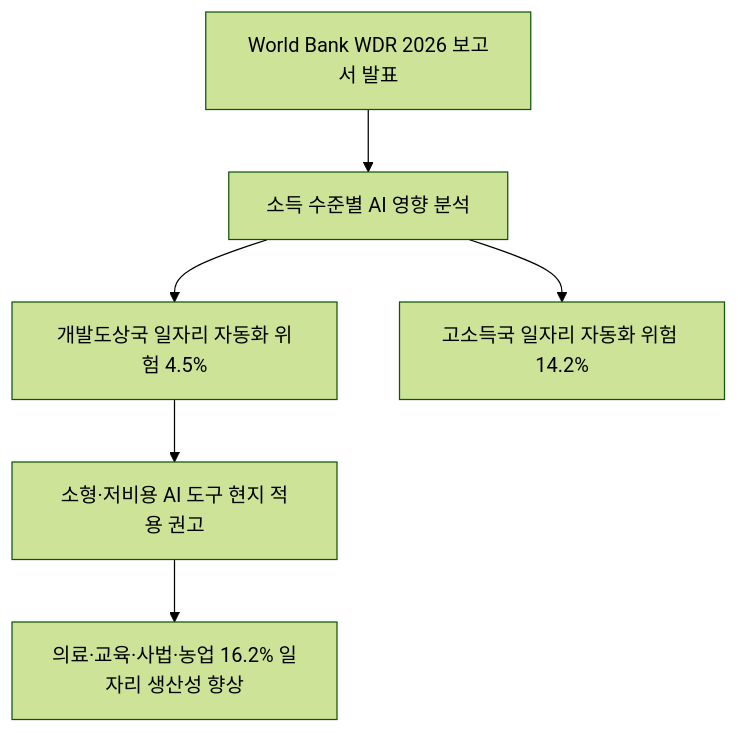
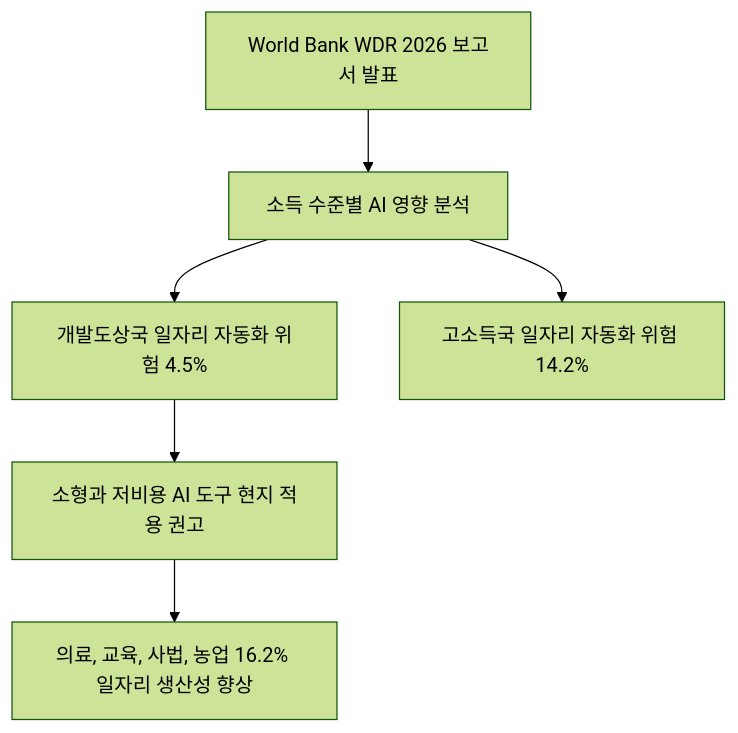
The first of 3 diagrams in _posts/2026-08-05-world-bank-wdr-2026-highlights-small-ai-models-for-developing-economies.md (jjxxmiin/jjxxmiin.github.io), drawn with Mermaid (forest theme) before and after one commit. The commit also changed other lines of this file and 624 other files, not shown here.

````diff
--- a/_posts/2026-08-05-world-bank-wdr-2026-highlights-small-ai-models-for-developing-economies.md
+++ b/_posts/2026-08-05-world-bank-wdr-2026-highlights-small-ai-models-for-developing-economies.md
@@ -54,8 +58,8 @@
 ```mermaid
 flowchart TD
     A[World Bank WDR 2026 보고서 발표] --> B[소득 수준별 AI 영향 분석]
     B --> C[개발도상국 일자리 자동화 위험 4.5%]
     B --> D[고소득국 일자리 자동화 위험 14.2%]
-    C --> E[소형·저비용 AI 도구 현지 적용 권고]
-    E --> F[의료·교육·사법·농업 16.2% 일자리 생산성 향상]
+    C --> E[소형과 저비용 AI 도구 현지 적용 권고]
+    E --> F[의료, 교육, 사법, 농업 16.2% 일자리 생산성 향상]
 ```
````
